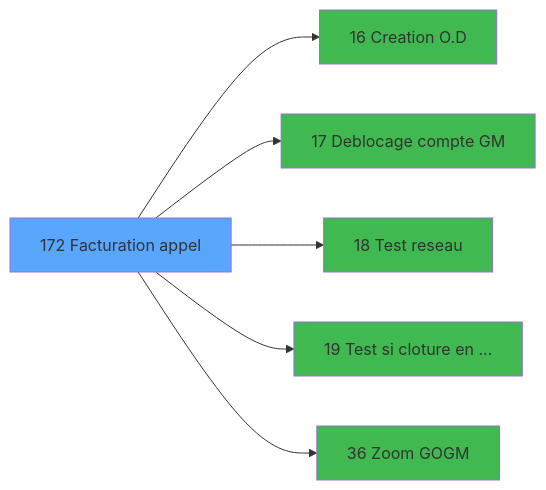
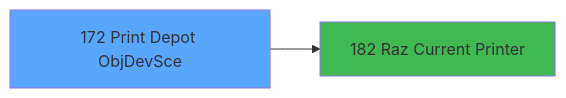
The third of 3 diagrams in .openspec/specs/ADH-IDE-172.md (thonyAGP/lecteur-magic), drawn with Mermaid before and after one commit. The commit also changed other lines of this file and 493 other files, not shown here.

````diff
--- a/.openspec/specs/ADH-IDE-172.md
+++ b/.openspec/specs/ADH-IDE-172.md
@@ -389,20 +321,8 @@
 ```mermaid
 graph LR
-    T172[172 Facturation appel]
+    T172[172 Print Depot ObjDevSce]
     style T172 fill:#58a6ff
-    C16[16 Creation O.D]
-    T172 --> C16
-    style C16 fill:#3fb950
-    C17[17 Deblocage compte GM]
-    T172 --> C17
-    style C17 fill:#3fb950
-    C18[18 Test reseau]
-    T172 --> C18
-    style C18 fill:#3fb950
-    C19[19 Test si cloture en ...]
-    T172 --> C19
-    style C19 fill:#3fb950
-    C36[36 Zoom GOGM]
-    T172 --> C36
-    style C36 fill:#3fb950
+    C182[182 Raz Current Printer]
+    T172 --> C182
+    style C182 fill:#3fb950
 ```
````
